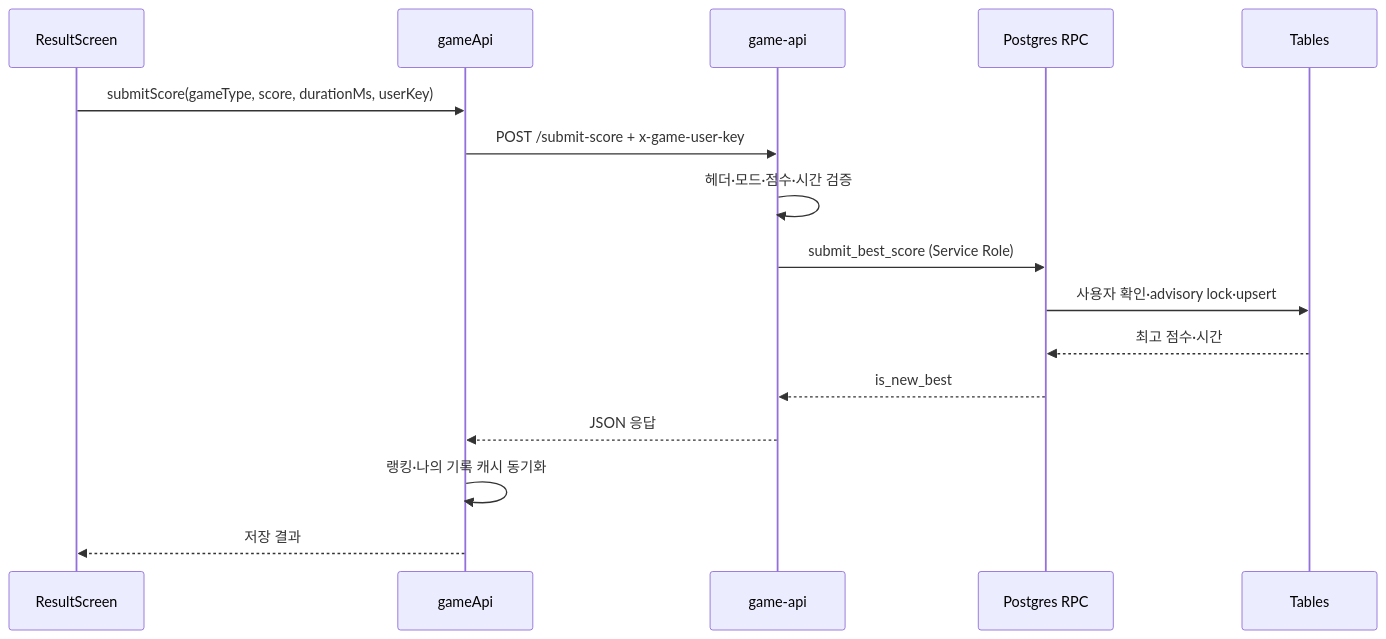
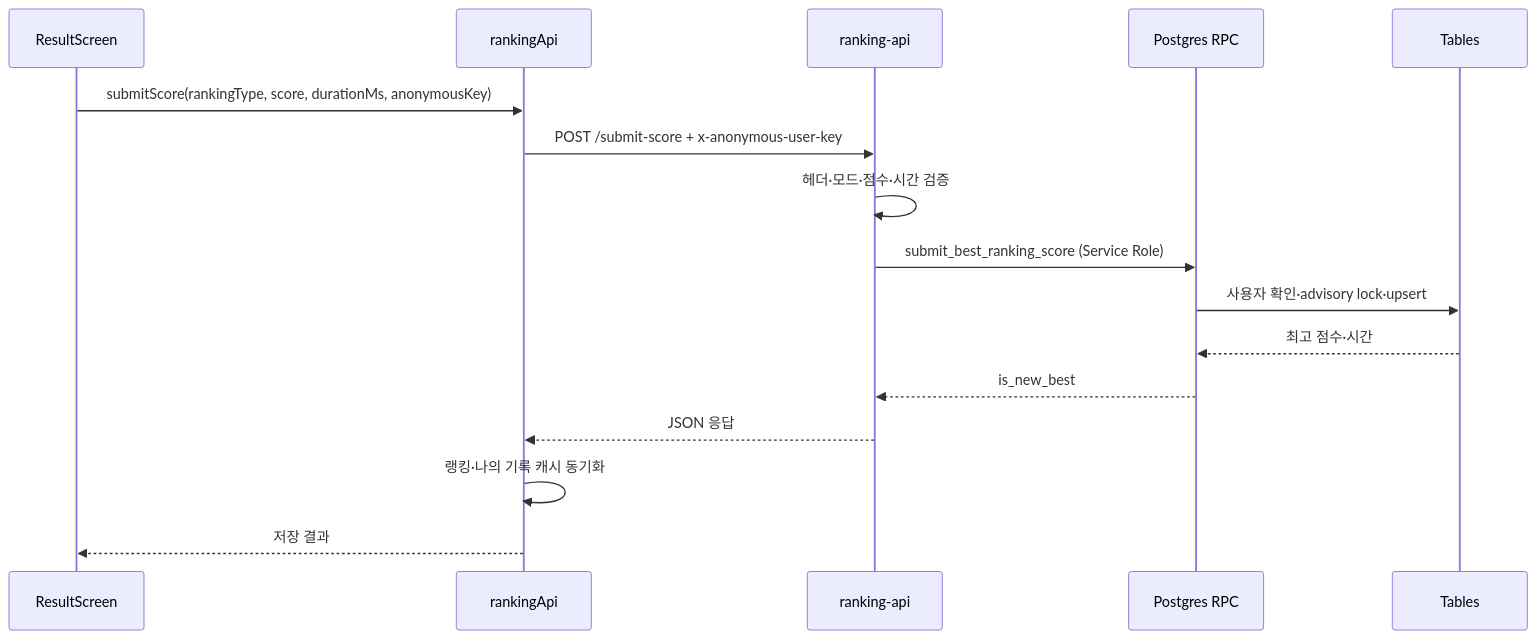
One commit to toss-aug-hackathon/blow-balloon changed the third of 4 diagrams in docs/architecture.md. Above: the diagram before and after it, drawn with Mermaid. The commit also changed other lines of this file and 38 other files, not shown here.

````diff
--- a/docs/architecture.md
+++ b/docs/architecture.md
@@ -80,19 +80,19 @@
 ```mermaid
 sequenceDiagram
   participant Result as ResultScreen
-  participant Client as gameApi
-  participant Edge as game-api
+  participant Client as rankingApi
+  participant Edge as ranking-api
   participant RPC as Postgres RPC
   participant DB as Tables
 
-  Result->>Client: submitScore(gameType, score, durationMs, userKey)
-  Client->>Edge: POST /submit-score + x-game-user-key
+  Result->>Client: submitScore(rankingType, score, durationMs, anonymousKey)
+  Client->>Edge: POST /submit-score + x-anonymous-user-key
   Edge->>Edge: 헤더·모드·점수·시간 검증
-  Edge->>RPC: submit_best_score (Service Role)
+  Edge->>RPC: submit_best_ranking_score (Service Role)
   RPC->>DB: 사용자 확인·advisory lock·upsert
   DB-->>RPC: 최고 점수·시간
   RPC-->>Edge: is_new_best
   Edge-->>Client: JSON 응답
   Client->>Client: 랭킹·나의 기록 캐시 동기화
   Client-->>Result: 저장 결과
 ```
````
